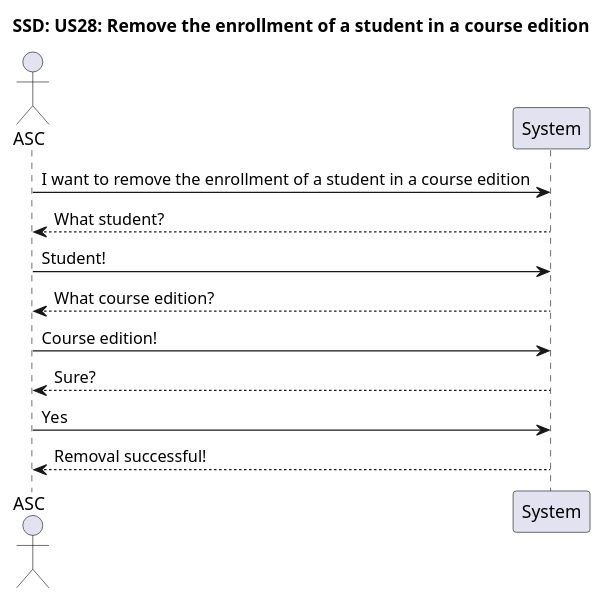
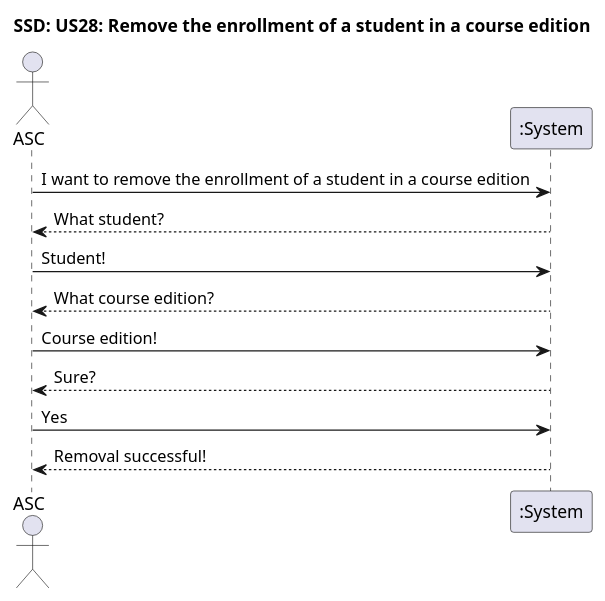
Before and after one commit to GasparISEP/DevOps-PAI: the diagram in docs/US28/US28_RemoveTheEnrollmentOfAStudentInACourseEdition_SSD.puml, drawn with PlantUML.

Commit message:
Fix US28_SSD: Add missing colons before 'System' participant

```diff
--- a/docs/US28/US28_RemoveTheEnrollmentOfAStudentInACourseEdition_SSD.puml
+++ b/docs/US28/US28_RemoveTheEnrollmentOfAStudentInACourseEdition_SSD.puml
@@ -1,17 +1,17 @@
 @startuml
 
 title SSD: US28: Remove the enrollment of a student in a course edition
 
 actor ASC
-participant "System" as UI
+participant ":System" as UI
 
 ASC -> UI : I want to remove the enrollment of a student in a course edition
 UI --> ASC : What student?
 ASC -> UI : Student!
 UI --> ASC : What course edition?
 ASC -> UI : Course edition!
 UI --> ASC : Sure?
 ASC -> UI : Yes
 UI --> ASC : Removal successful!
 
 @enduml
```
